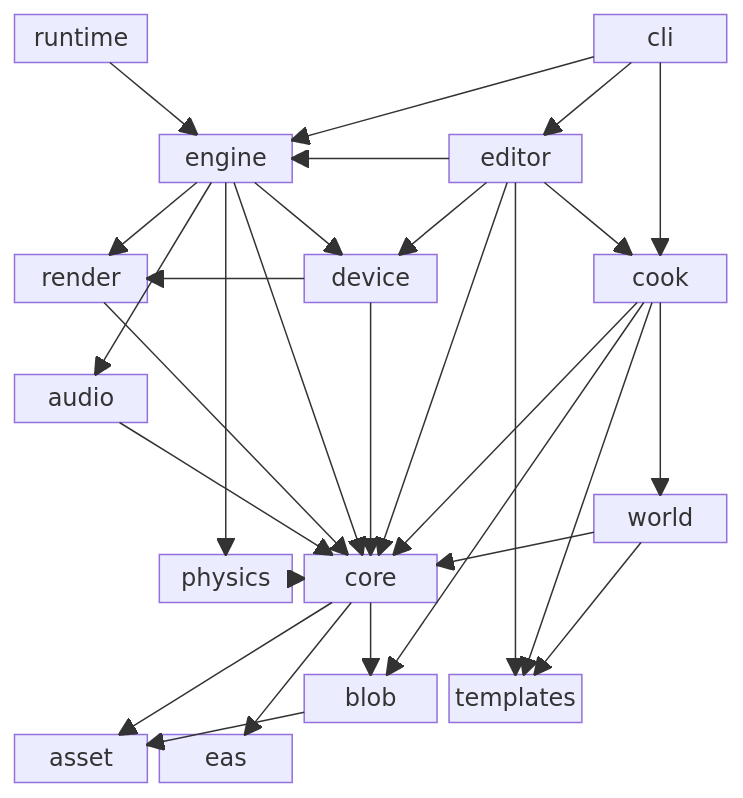
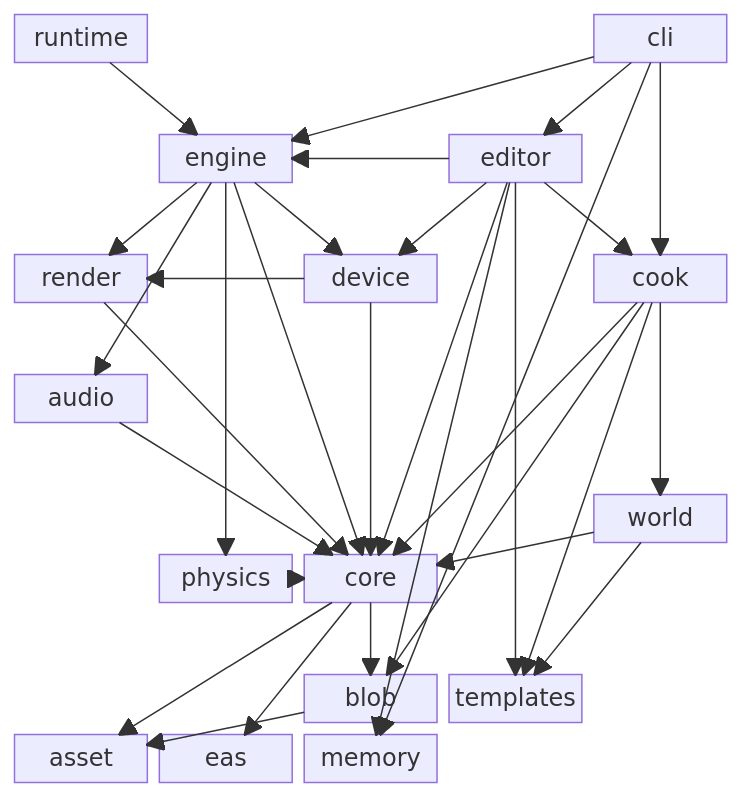
One commit to concinnitygg/concinnity changed the diagram in crates/README.md. Above: the diagram before and after it, drawn with Mermaid. The commit also changed other lines of this file and 16 other files, not shown here.

```diff
--- a/crates/README.md
+++ b/crates/README.md
@@ -70,13 +71,15 @@
 
 asset
 eas
-space:3
+memory
+space:2
 
 runtime --> engine
 
 cli --> cook
 cli --> editor
 cli --> engine
+cli --> memory
 
 core --> eas
 core --> asset
@@ -93,6 +96,7 @@
 editor --> cook
 editor --> core
 editor --> templates
+editor --> memory
 
 cook --> blob
 cook --> core
```
